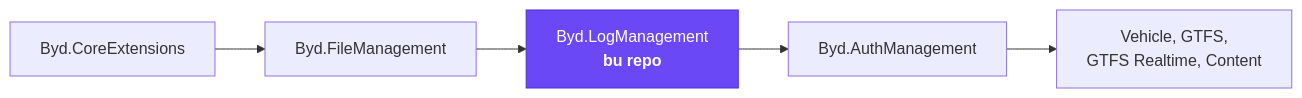
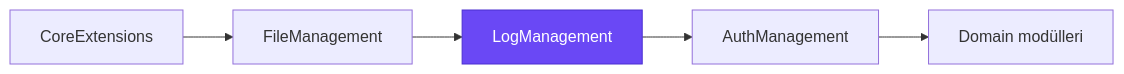
Before and after one commit to mertbyd/byd-log-management-api: the first of 3 diagrams in README.md, drawn with Mermaid. The commit also changed other lines of this file, not shown here.

````diff
--- a/README.md
+++ b/README.md
@@ -29,8 +7,5 @@
 ```mermaid
 flowchart LR
-    CORE[Byd.CoreExtensions] --> FILE[Byd.FileManagement]
-    FILE --> LOG[Byd.LogManagement<br/><b>bu repo</b>]
-    LOG --> AUTH[Byd.AuthManagement]
-    AUTH --> MODS[Vehicle, GTFS,<br/>GTFS Realtime, Content]
+    CORE[CoreExtensions] --> FILE[FileManagement] --> LOG[LogManagement] --> AUTH[AuthManagement] --> MODS[Domain modülleri]
     style LOG fill:#6a48f5,color:#fff,stroke:#4a2fd0
 ```
````
